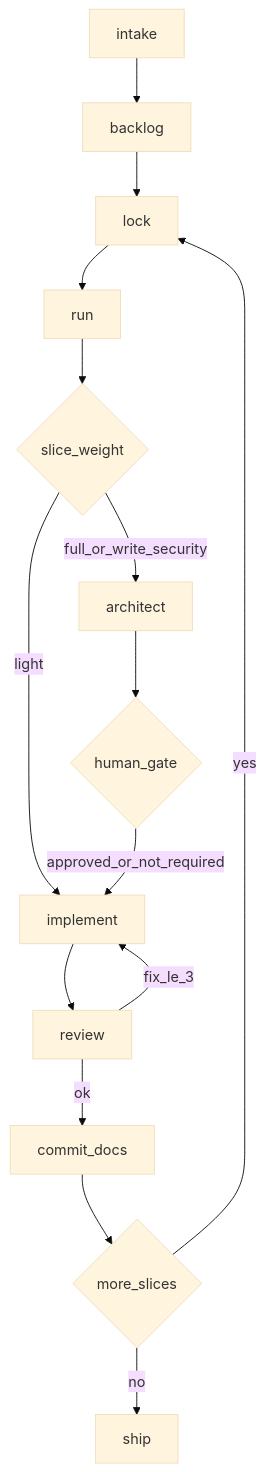
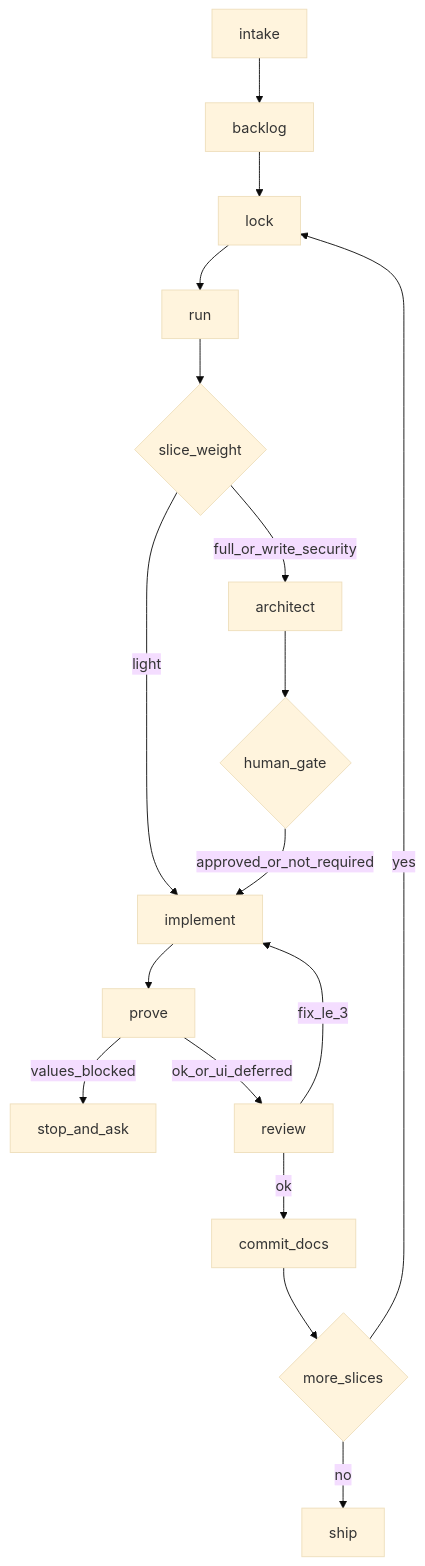
One commit to futuregerm/agent-kit-assembly-line changed the diagram in docs/agent/README.md. Above: the diagram before and after it, drawn with Mermaid (base theme). The commit also changed other lines of this file and 17 other files, not shown here.

First line of the commit message:
feat(agent): require a live prove step before review

````diff
--- a/docs/agent/README.md
+++ b/docs/agent/README.md
@@ -16,17 +16,19 @@
 ```mermaid
 flowchart TD
   intake[intake] --> backlog[backlog]
   backlog --> lock[lock]
   lock --> run[run]
   run --> weight{slice_weight}
   weight -->|light| impl[implement]
   weight -->|full_or_write_security| arch[architect]
   arch --> human{human_gate}
   human -->|approved_or_not_required| impl
-  impl --> rev[review]
+  impl --> prove[prove]
+  prove -->|values_blocked| stopProve[stop_and_ask]
+  prove -->|ok_or_ui_deferred| rev[review]
   rev -->|fix_le_3| impl
   rev -->|ok| commit[commit_docs]
   commit --> more{more_slices}
   more -->|yes| lock
   more -->|no| ship[ship]
 ```
````
